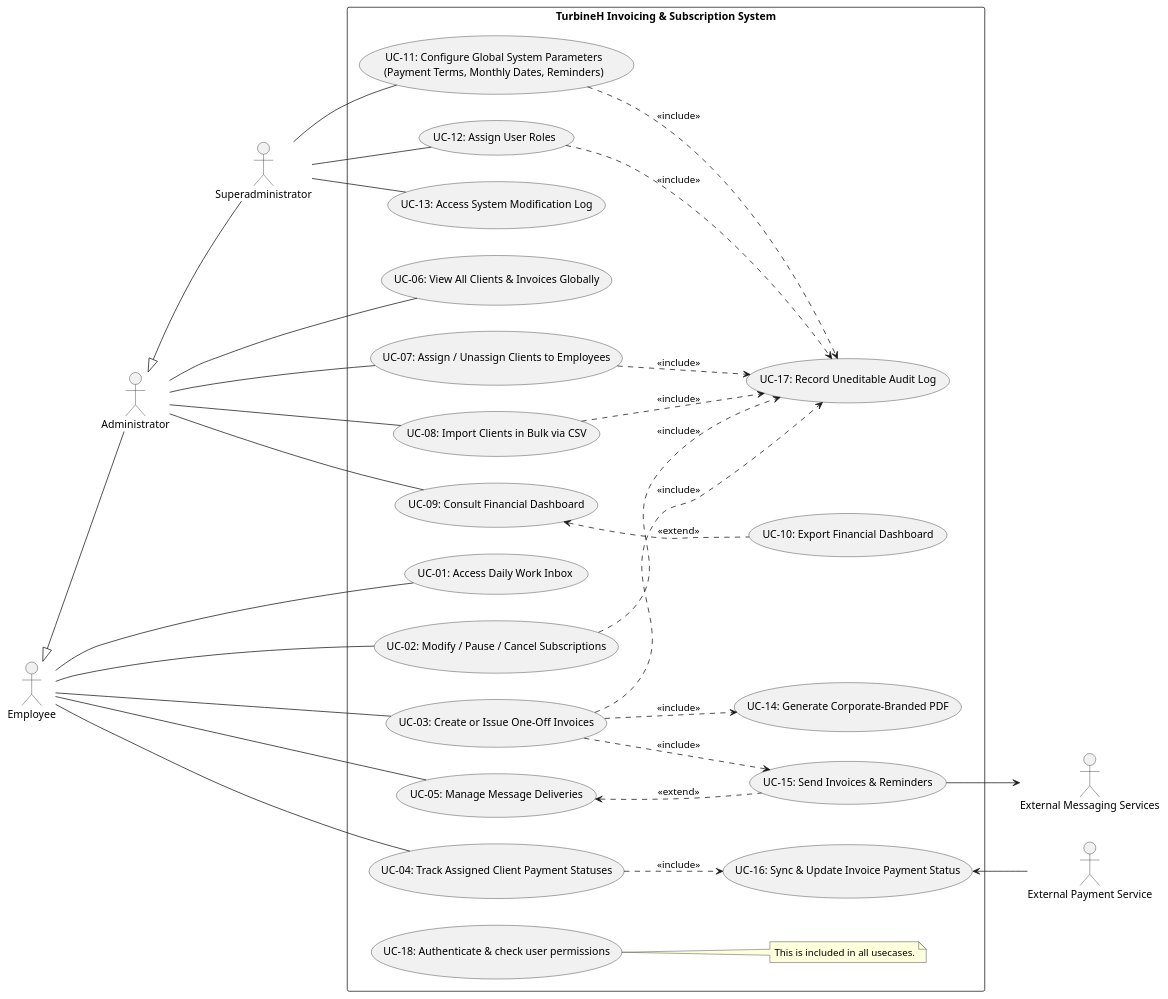
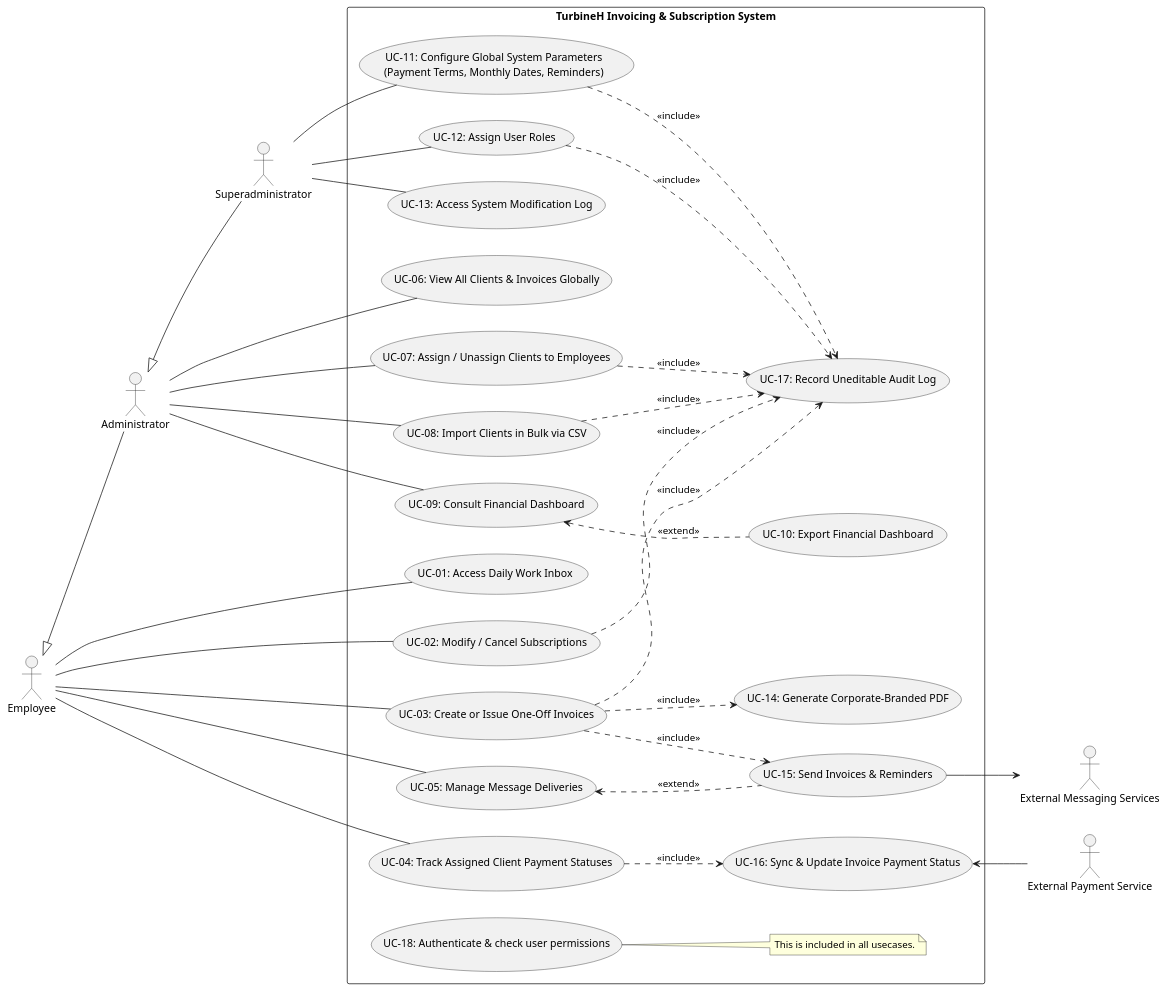
Before and after one commit to Navas05/ADA---Group-Project: the diagram in use_case_diagram.pu, drawn with PlantUML. The commit also changed 1 other file, not shown here.

```diff
--- a/use_case_diagram.pu
+++ b/use_case_diagram.pu
@@ -1,69 +1,69 @@
 @startuml use_case_diagram
 left to right direction
 
 actor "Employee" as Emp
 actor "Administrator" as Admin
 actor "Superadministrator" as SuperAdmin
 
 actor "External Payment Service" as PaymentSys
 actor "External Messaging Services" as MsgSys
 
 Emp <|-- Admin
 Admin <|-- SuperAdmin
 
 rectangle "TurbineH Invoicing & Subscription System" {
     usecase "UC-01: Access Daily Work Inbox" as UC02
-    usecase "UC-02: Modify / Pause / Cancel Subscriptions" as UC04
+    usecase "UC-02: Modify / Cancel Subscriptions" as UC04
     usecase "UC-03: Create or Issue One-Off Invoices" as UC05
     usecase "UC-04: Track Assigned Client Payment Statuses" as UC06
     usecase "UC-05: Manage Message Deliveries" as UC07
     usecase "UC-06: View All Clients & Invoices Globally" as UC08
     usecase "UC-07: Assign / Unassign Clients to Employees" as UC09
     usecase "UC-08: Import Clients in Bulk via CSV" as UC10
     usecase "UC-09: Consult Financial Dashboard" as UC11
     usecase "UC-10: Export Financial Dashboard" as UC12
     usecase "UC-11: Configure Global System Parameters\n(Payment Terms, Monthly Dates, Reminders)" as UC13
     usecase "UC-12: Assign User Roles" as UC14
     usecase "UC-13: Access System Modification Log" as UC15
     usecase "UC-14: Generate Corporate-Branded PDF" as UC17
     usecase "UC-15: Send Invoices & Reminders" as UC18
     usecase "UC-16: Sync & Update Invoice Payment Status" as UC19
     usecase "UC-17: Record Uneditable Audit Log" as UC20
     usecase "UC-18: Authenticate & check user permissions" as UC21
     
     note right of UC21 : This is included in all usecases.
 }
 
 Emp -- UC02
 Emp -- UC04
 Emp -- UC05
 Emp -- UC06
 Emp -- UC07
 
 Admin -- UC08
 Admin -- UC09
 Admin -- UC10
 Admin -- UC11
 
 SuperAdmin -- UC13
 SuperAdmin -- UC14
 SuperAdmin -- UC15
 
 UC05 ..> UC17 : <<include>>
 UC05 ..> UC18 : <<include>>
 UC07 <.. UC18 : <<extend>>
 
 UC11 <.. UC12 : <<extend>>
 
 UC04 ..> UC20 : <<include>>
 UC05 ..> UC20 : <<include>>
 UC09 ..> UC20 : <<include>>
 UC10 ..> UC20 : <<include>>
 UC13 ..> UC20 : <<include>>
 UC14 ..> UC20 : <<include>>
 
 UC18 --> MsgSys
 UC19 <-- PaymentSys
 UC06 ..> UC19 : <<include>>
 
 @enduml
```
